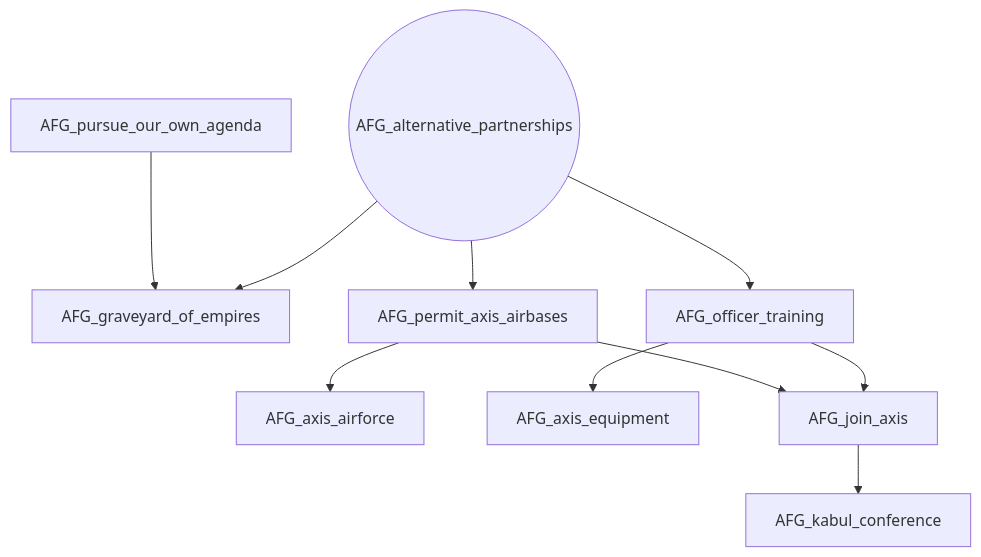
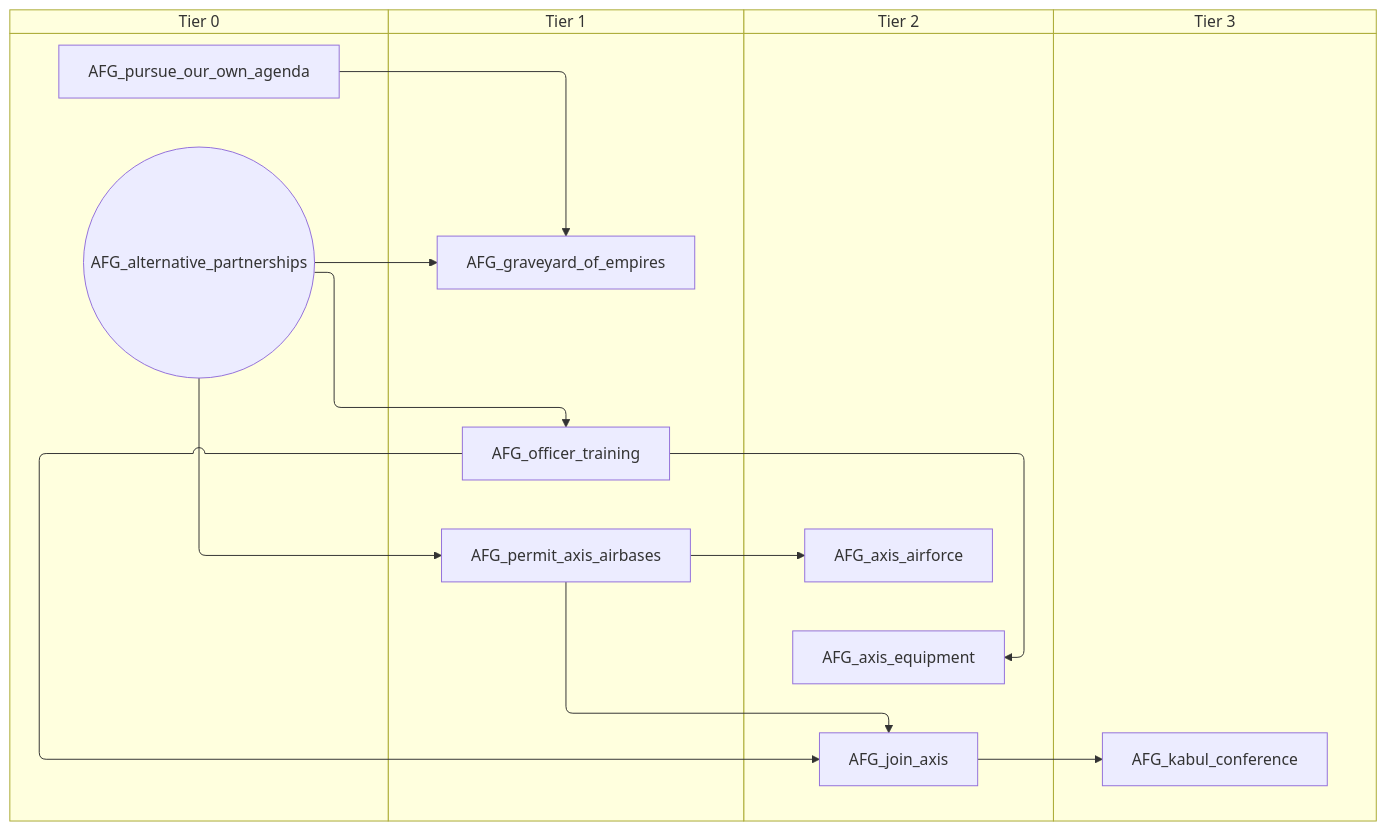
The fourth of 8 diagrams in docs/gdd/National Focuses/r56/afghanistan.md (evgeny-sobol/hoi4-sandbox-mode-r56), drawn with Mermaid before and after one commit. The commit also changed other lines of this file and 423 other files, not shown here.

First line of the commit message:
Re-export Rt56 focus trees as swimlane diagrams

````diff
--- a/docs/gdd/National Focuses/r56/afghanistan.md
+++ b/docs/gdd/National Focuses/r56/afghanistan.md
@@ -273,21 +319,29 @@
 ```mermaid
-flowchart TD
-    n114(("AFG_alternative_partnerships"))
-    n115["AFG_axis_airforce"]
-    n116["AFG_axis_equipment"]
-    n117["AFG_graveyard_of_empires"]
-    n118["AFG_join_axis"]
-    n119["AFG_kabul_conference"]
-    n120["AFG_officer_training"]
-    n121["AFG_permit_axis_airbases"]
-    n111["AFG_pursue_our_own_agenda"]
-    n121 --> n115
-    n120 --> n116
-    n111 --> n117
+swimlane-beta TD
+    subgraph tier_0["Tier 0"]
+        n114(("AFG_alternative_partnerships"))
+        n105["AFG_pursue_our_own_agenda"]
+    end
+    subgraph tier_1["Tier 1"]
+        n115["AFG_graveyard_of_empires"]
+        n116["AFG_officer_training"]
+        n117["AFG_permit_axis_airbases"]
+    end
+    subgraph tier_2["Tier 2"]
+        n118["AFG_axis_airforce"]
+        n119["AFG_axis_equipment"]
+        n120["AFG_join_axis"]
+    end
+    subgraph tier_3["Tier 3"]
+        n121["AFG_kabul_conference"]
+    end
+    n117 --> n118
+    n116 --> n119
+    n105 --> n115
+    n114 --> n115
+    n117 --> n120
+    n116 --> n120
+    n120 --> n121
+    n114 --> n116
     n114 --> n117
-    n121 --> n118
-    n120 --> n118
-    n118 --> n119
-    n114 --> n120
-    n114 --> n121
 ```
````
